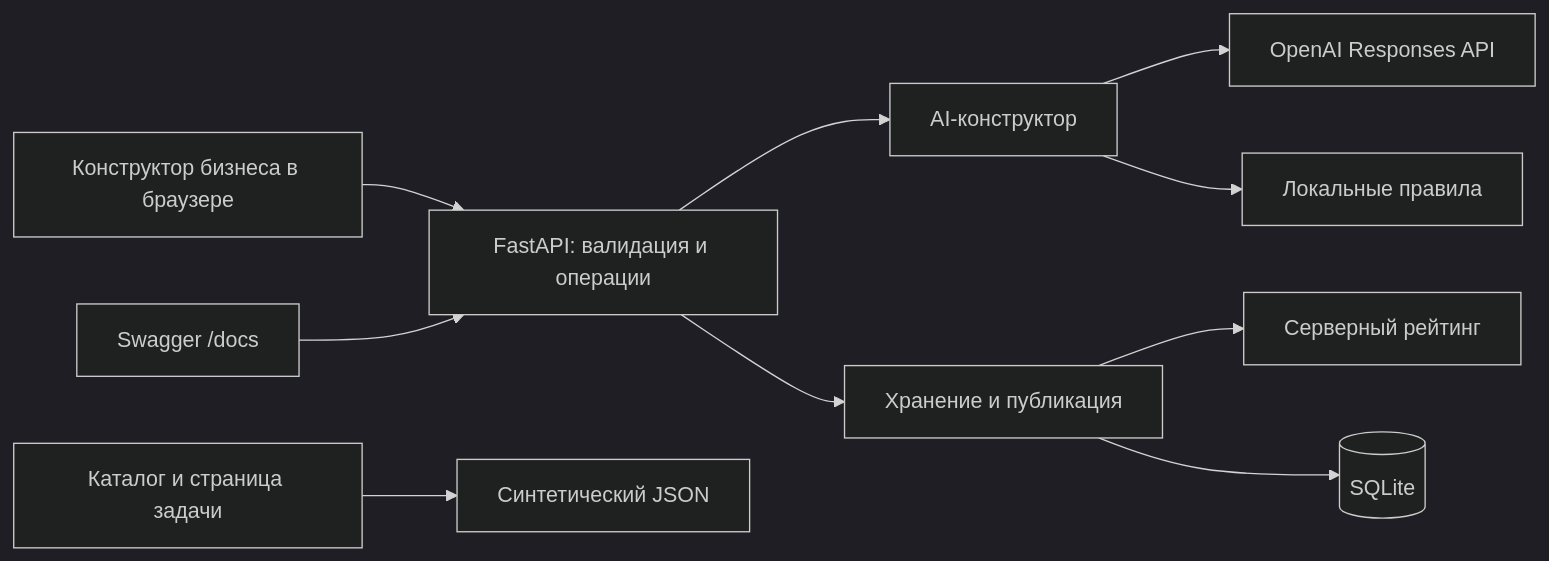
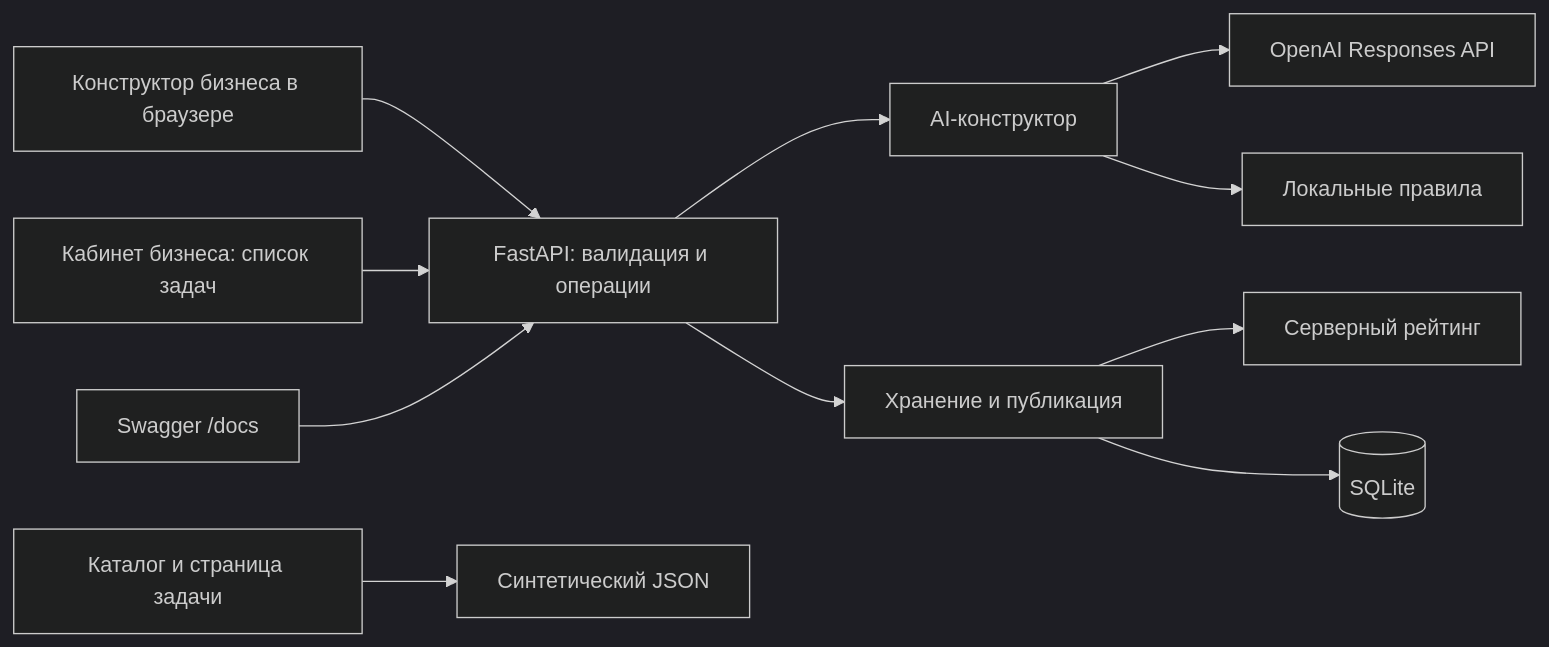
One commit to BAITC-Hacks/hack-4484d2b6-arc-team changed the diagram in README.md. Above: the diagram before and after it, drawn with Mermaid (dark theme). The commit also changed other lines of this file, not shown here.

````diff
--- a/README.md
+++ b/README.md
@@ -78,12 +82,13 @@
 ```mermaid
 flowchart LR
     Business[Конструктор бизнеса в браузере] --> API[FastAPI: валидация и операции]
+    Dashboard[Кабинет бизнеса: список задач] --> API
     Swagger[Swagger /docs] --> API
     API --> AI[AI-конструктор]
     AI --> OpenAI[OpenAI Responses API]
     AI --> Local[Локальные правила]
     API --> Repo[Хранение и публикация]
     Repo --> Rating[Серверный рейтинг]
     Repo --> DB[(SQLite)]
     Catalog[Каталог и страница задачи] --> Demo[Синтетический JSON]
 ```
````
